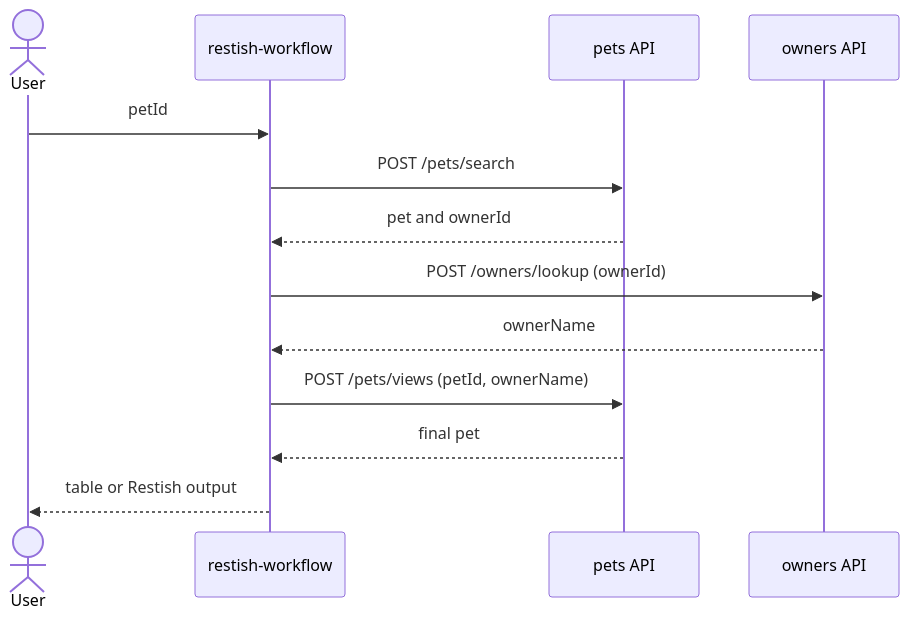
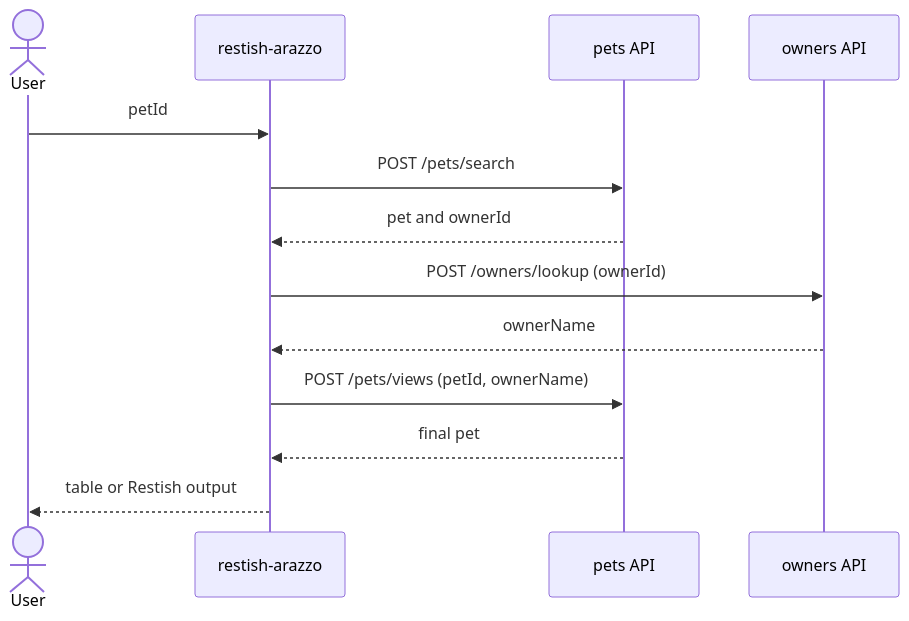
Before and after one commit to natalie-o-perret/restish-plugin-arazzo: the diagram in README.md, drawn with Mermaid. The commit also changed other lines of this file and 2 other files, not shown here.

Commit message:
chore: rename plugin to restish-arazzo

````diff
--- a/README.md
+++ b/README.md
@@ -115,15 +116,15 @@
 ```mermaid
 sequenceDiagram
     actor User
-    participant Plugin as restish-workflow
+    participant Plugin as restish-arazzo
     participant Pets as pets API
     participant Owners as owners API
     User->>Plugin: petId
     Plugin->>Pets: POST /pets/search
     Pets-->>Plugin: pet and ownerId
     Plugin->>Owners: POST /owners/lookup (ownerId)
     Owners-->>Plugin: ownerName
     Plugin->>Pets: POST /pets/views (petId, ownerName)
     Pets-->>Plugin: final pet
     Plugin-->>User: table or Restish output
 ```
````
